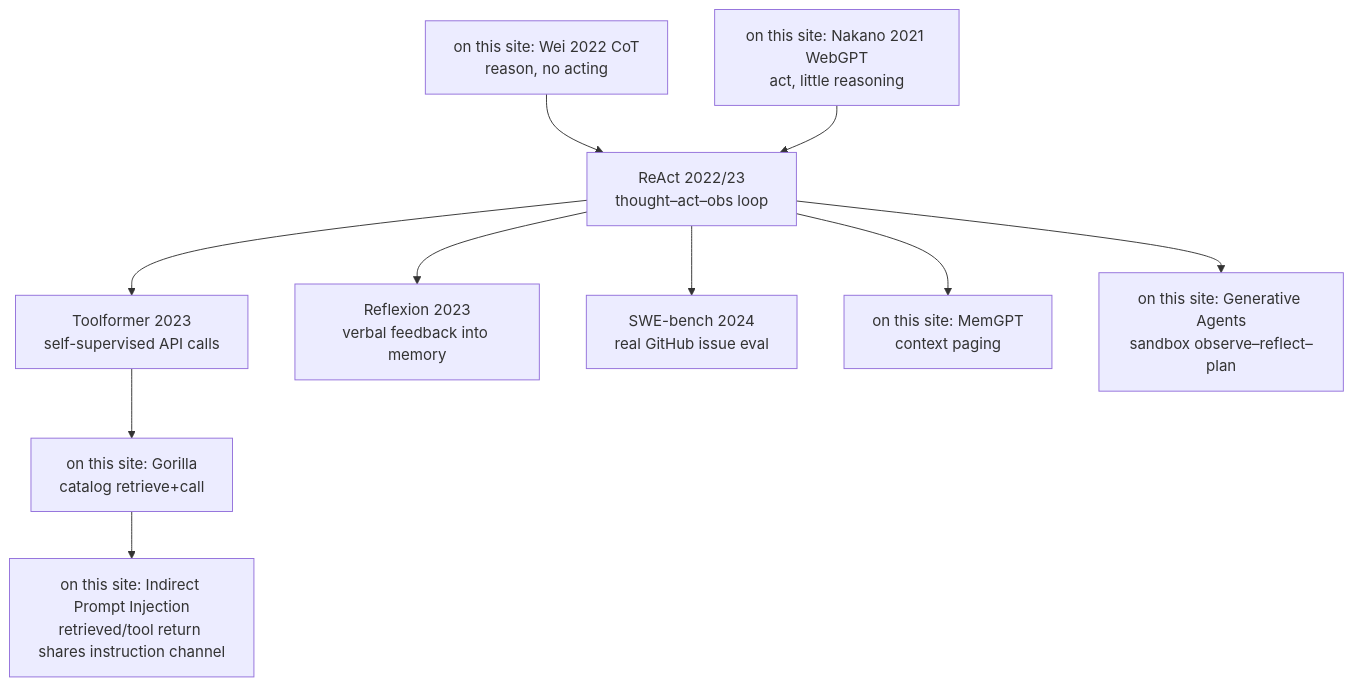
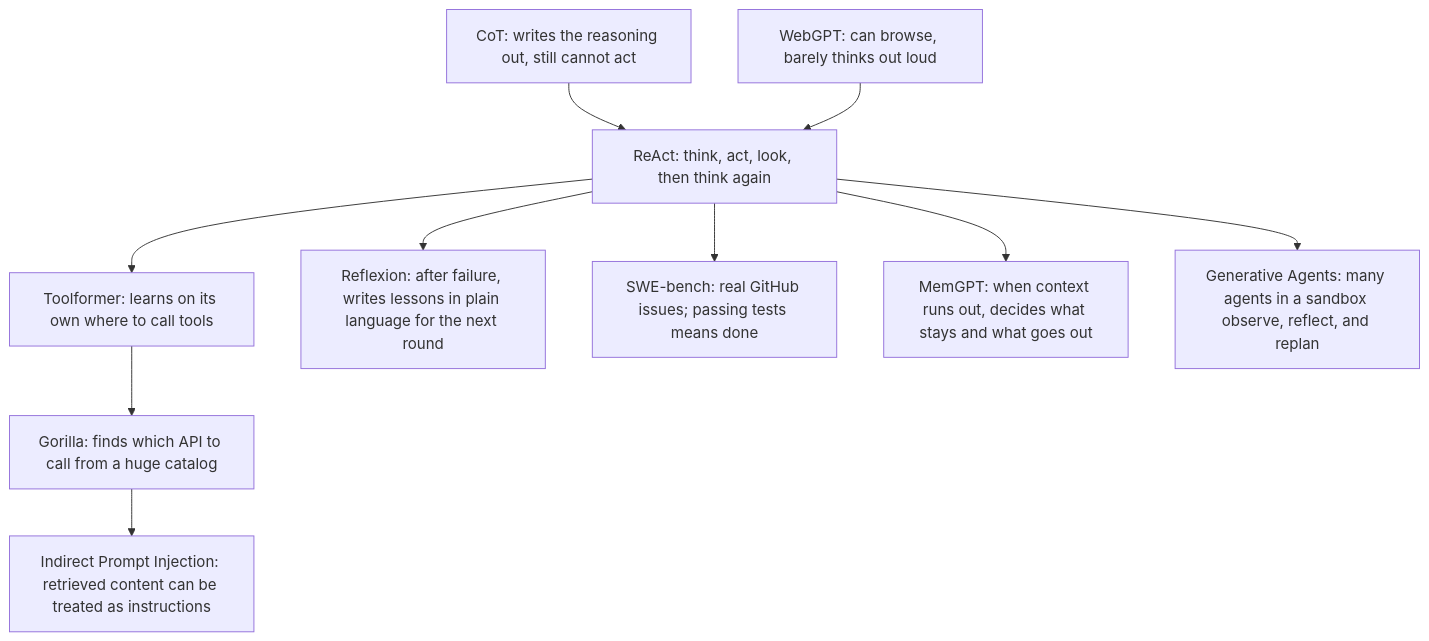
One commit to poirotw66/poirotw66.github.io changed the diagram in src/content/blog/en/91-agent-method-foundation-reading-map.md. Above: the diagram before and after it, drawn with Mermaid. The commit also changed other lines of this file and 1 other file, not shown here.

Commit message:
91 spine diagram in plain language
Replace mermaid node labels with human-readable ZH/EN copy;
drop 「你已寫」 / "on this site" prefixes and jargon-only labels.
Topology unchanged; rewrite spine caption to match.

````diff
--- a/src/content/blog/en/91-agent-method-foundation-reading-map.md
+++ b/src/content/blog/en/91-agent-method-foundation-reading-map.md
@@ -46,14 +46,14 @@
 ```mermaid
 flowchart TB
-  CoT["on this site: Wei 2022 CoT<br/>reason, no acting"]
-  WebGPT["on this site: Nakano 2021 WebGPT<br/>act, little reasoning"]
-  CoT --> ReAct["ReAct 2022/23<br/>thought–act–obs loop"]
+  CoT["CoT: writes the reasoning out, still cannot act"]
+  WebGPT["WebGPT: can browse, barely thinks out loud"]
+  CoT --> ReAct["ReAct: think, act, look, then think again"]
   WebGPT --> ReAct
-  ReAct --> Toolformer["Toolformer 2023<br/>self-supervised API calls"]
-  ReAct --> Reflexion["Reflexion 2023<br/>verbal feedback into memory"]
-  ReAct --> SWEb["SWE-bench 2024<br/>real GitHub issue eval"]
-  ReAct --> MemGPT["on this site: MemGPT<br/>context paging"]
-  ReAct --> GenAgents["on this site: Generative Agents<br/>sandbox observe–reflect–plan"]
-  Toolformer --> Gorilla["on this site: Gorilla<br/>catalog retrieve+call"]
-  Gorilla --> IPI["on this site: Indirect Prompt Injection<br/>retrieved/tool return shares instruction channel"]
+  ReAct --> Toolformer["Toolformer: learns on its own where to call tools"]
+  ReAct --> Reflexion["Reflexion: after failure, writes lessons in plain language for the next round"]
+  ReAct --> SWEb["SWE-bench: real GitHub issues; passing tests means done"]
+  ReAct --> MemGPT["MemGPT: when context runs out, decides what stays and what goes out"]
+  ReAct --> GenAgents["Generative Agents: many agents in a sandbox observe, reflect, and replan"]
+  Toolformer --> Gorilla["Gorilla: finds which API to call from a huge catalog"]
+  Gorilla --> IPI["Indirect Prompt Injection: retrieved content can be treated as instructions"]
 ```
````
